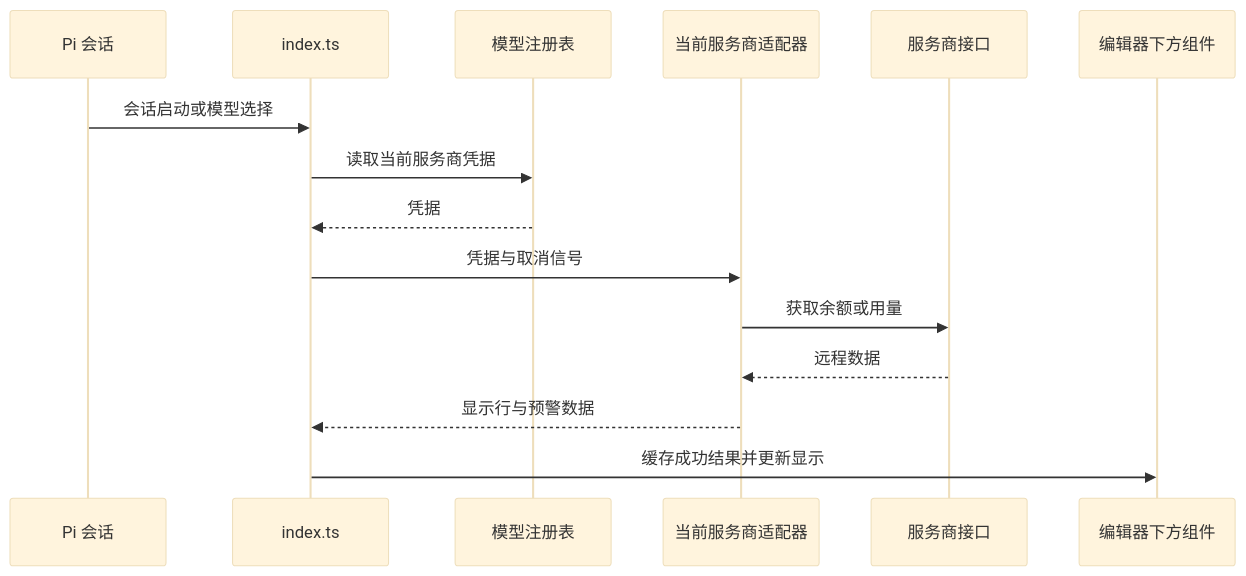
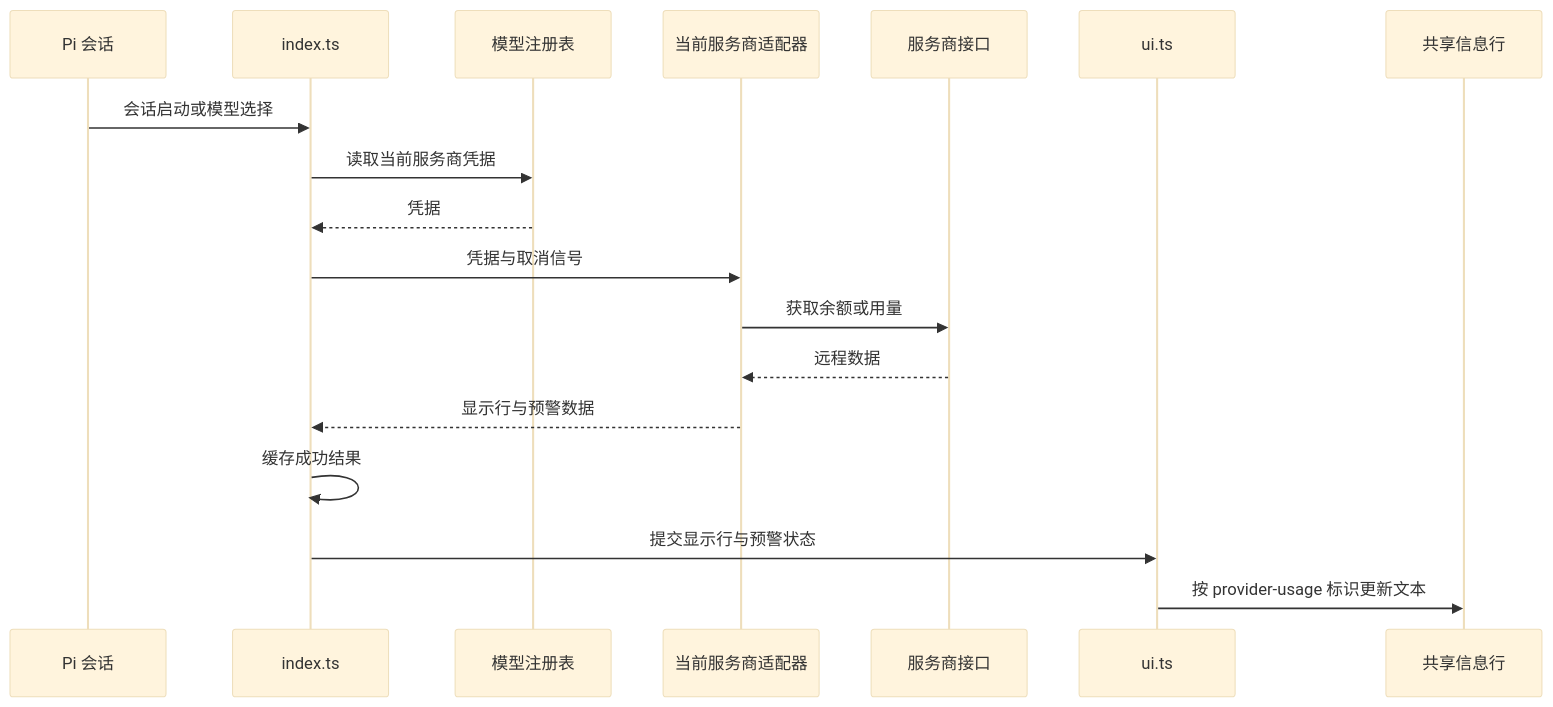
One commit to aqua2k1/pi-kits changed the second of 2 diagrams in extensions/provider-usage/docs/architecture.md. Above: the diagram before and after it, drawn with Mermaid (base theme). The commit also changed other lines of this file and 21 other files, not shown here.

Commit message:
refactor(ui): share usage and token metrics widget layout

````diff
--- a/extensions/provider-usage/docs/architecture.md
+++ b/extensions/provider-usage/docs/architecture.md
@@ -27,17 +30,20 @@
 ```mermaid
 sequenceDiagram
   participant Pi as Pi 会话
   participant Entry as index.ts
   participant Registry as 模型注册表
   participant Adapter as 当前服务商适配器
   participant Remote as 服务商接口
-  participant Widget as 编辑器下方组件
+  participant Ui as ui.ts
+  participant Widget as 共享信息行
   Pi->>Entry: 会话启动或模型选择
   Entry->>Registry: 读取当前服务商凭据
   Registry-->>Entry: 凭据
   Entry->>Adapter: 凭据与取消信号
   Adapter->>Remote: 获取余额或用量
   Remote-->>Adapter: 远程数据
   Adapter-->>Entry: 显示行与预警数据
-  Entry->>Widget: 缓存成功结果并更新显示
+  Entry->>Entry: 缓存成功结果
+  Entry->>Ui: 提交显示行与预警状态
+  Ui->>Widget: 按 provider-usage 标识更新文本
 ```
````
